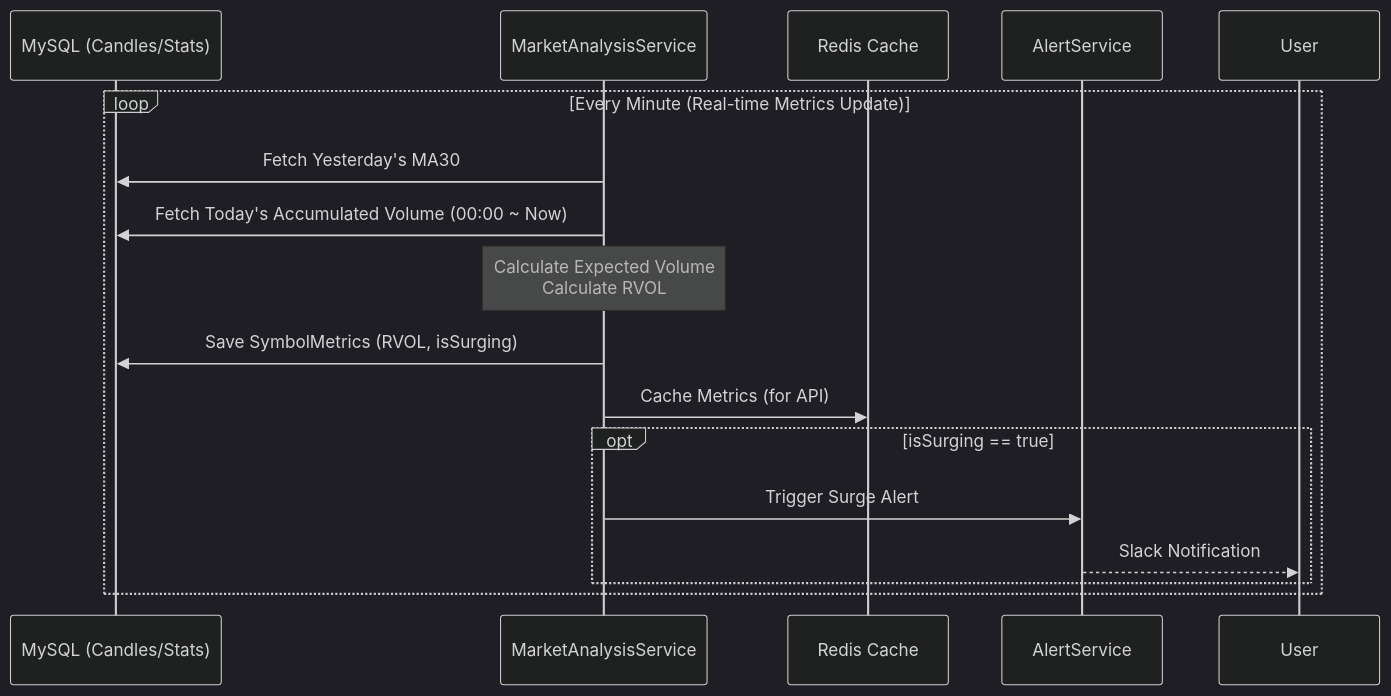
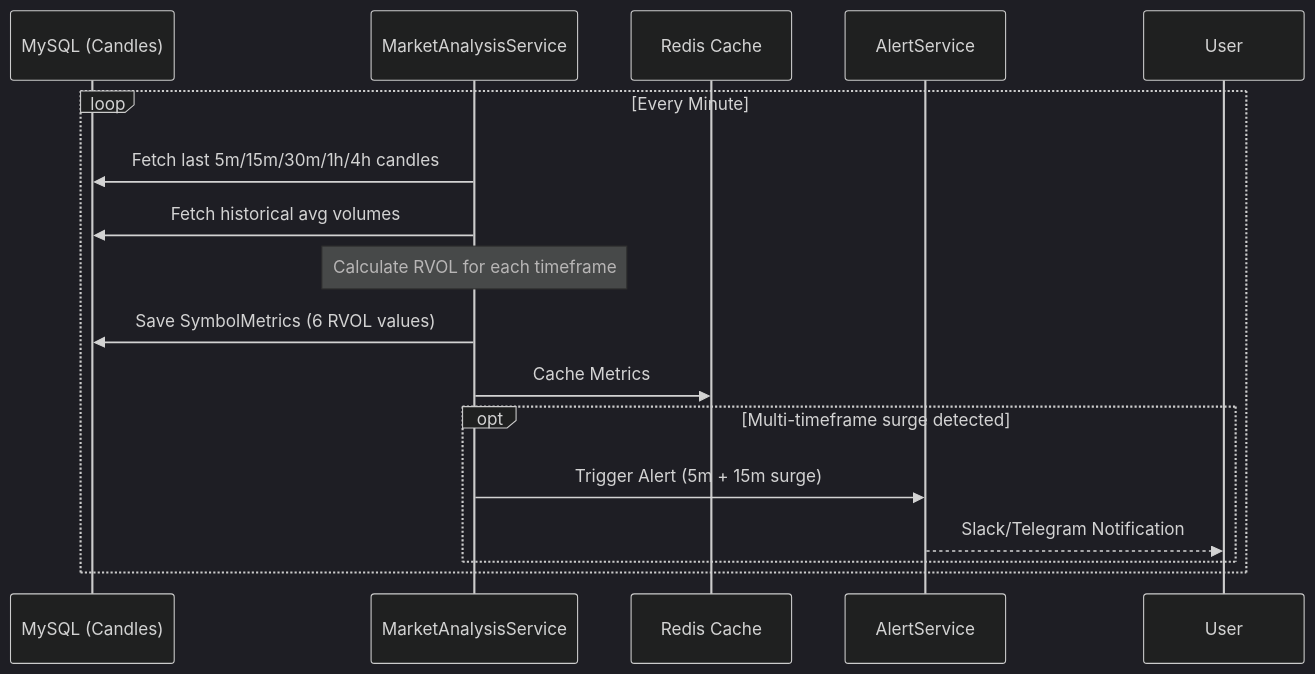
Before and after one commit to Miner-s-life/cryptopedia-server: the third of 3 diagrams in README.md, drawn with Mermaid (dark theme). The commit also changed other lines of this file and 4 other files, not shown here.

First line of the commit message:
feat: implement multi-timeframe RVOL system for day trading

````diff
--- a/README.md
+++ b/README.md
@@ -103,22 +143,22 @@
 ```mermaid
 sequenceDiagram
-    participant DB as MySQL (Candles/Stats)
+    participant DB as MySQL (Candles)
     participant Batch as MarketAnalysisService
     participant Redis as Redis Cache
     participant Alert as AlertService
 
-    loop Every Minute (Real-time Metrics Update)
-        Batch->>DB: Fetch Yesterday's MA30
-        Batch->>DB: Fetch Today's Accumulated Volume (00:00 ~ Now)
+    loop Every Minute
+        Batch->>DB: Fetch last 5m/15m/30m/1h/4h candles
+        Batch->>DB: Fetch historical avg volumes
         
-        Note over Batch: Calculate Expected Volume<br/>Calculate RVOL
+        Note over Batch: Calculate RVOL for each timeframe
         
-        Batch->>DB: Save SymbolMetrics (RVOL, isSurging)
-        Batch->>Redis: Cache Metrics (for API)
+        Batch->>DB: Save SymbolMetrics (6 RVOL values)
+        Batch->>Redis: Cache Metrics
         
-        opt isSurging == true
-            Batch->>Alert: Trigger Surge Alert
-            Alert-->>User: Slack Notification
+        opt Multi-timeframe surge detected
+            Batch->>Alert: Trigger Alert (5m + 15m surge)
+            Alert-->>User: Slack/Telegram Notification
         end
     end
 ```
````
